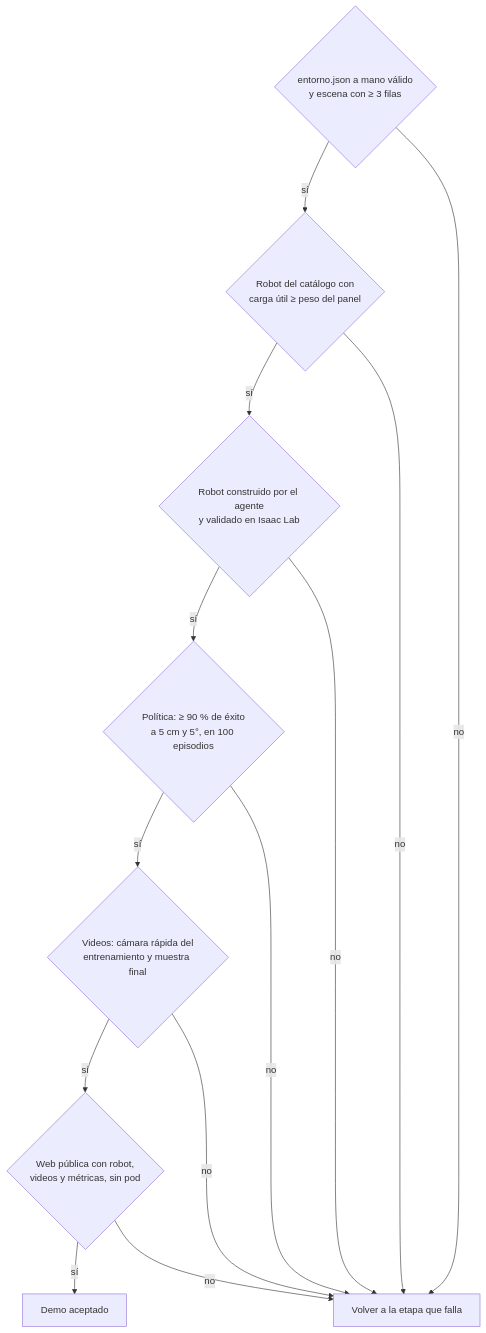
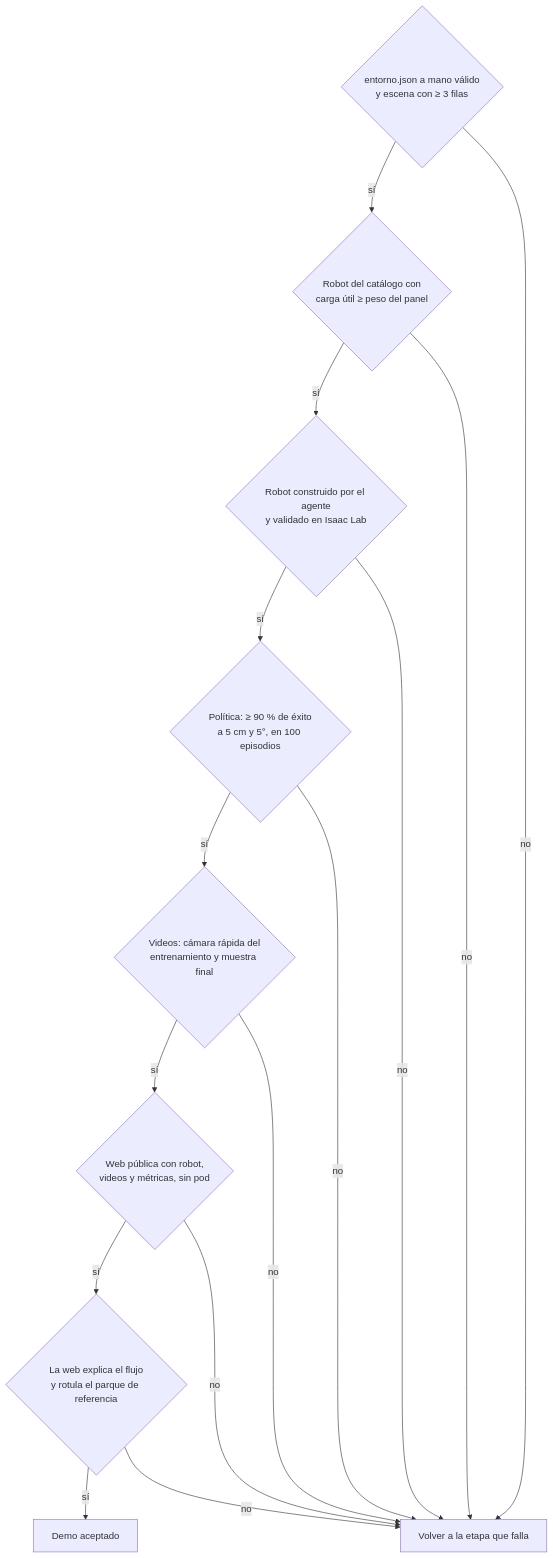
The seventh of 8 diagrams in docs/requerimientos.md (platanus-hack/platanus-hack-26-cl-team-4), drawn with Mermaid before and after one commit. The commit also changed other lines of this file and 1 other file, not shown here.

First line of the commit message:
docs: requerimientos v0.6, flujo de subida explicado y no usado en vivo

````diff
--- a/docs/requerimientos.md
+++ b/docs/requerimientos.md
@@ -356,10 +382,11 @@
 ```mermaid
 flowchart TD
   A1{"entorno.json a mano válido<br/>y escena con ≥ 3 filas"} -->|sí| A2{"Robot del catálogo con<br/>carga útil ≥ peso del panel"}
   A2 -->|sí| A3{"Robot construido por el agente<br/>y validado en Isaac Lab"}
   A3 -->|sí| A4{"Política: ≥ 90 % de éxito<br/>a 5 cm y 5°, en 100 episodios"}
   A4 -->|sí| A5{"Videos: cámara rápida del<br/>entrenamiento y muestra final"}
   A5 -->|sí| A6{"Web pública con robot,<br/>videos y métricas, sin pod"}
-  A6 -->|sí| OK[Demo aceptado]
-  A1 & A2 & A3 & A4 & A5 & A6 -->|no| FIX[Volver a la etapa que falla]
+  A6 -->|sí| A7{"La web explica el flujo<br/>y rotula el parque de referencia"}
+  A7 -->|sí| OK[Demo aceptado]
+  A1 & A2 & A3 & A4 & A5 & A6 & A7 -->|no| FIX[Volver a la etapa que falla]
 ```
````
